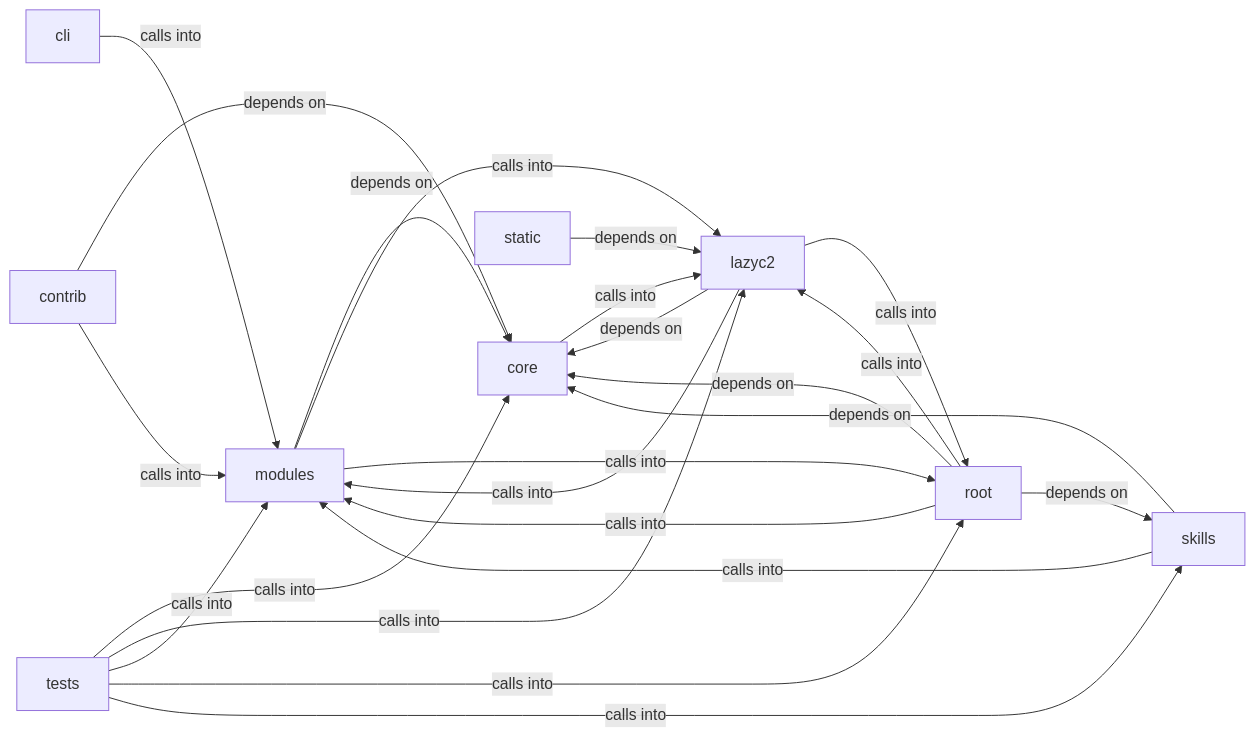
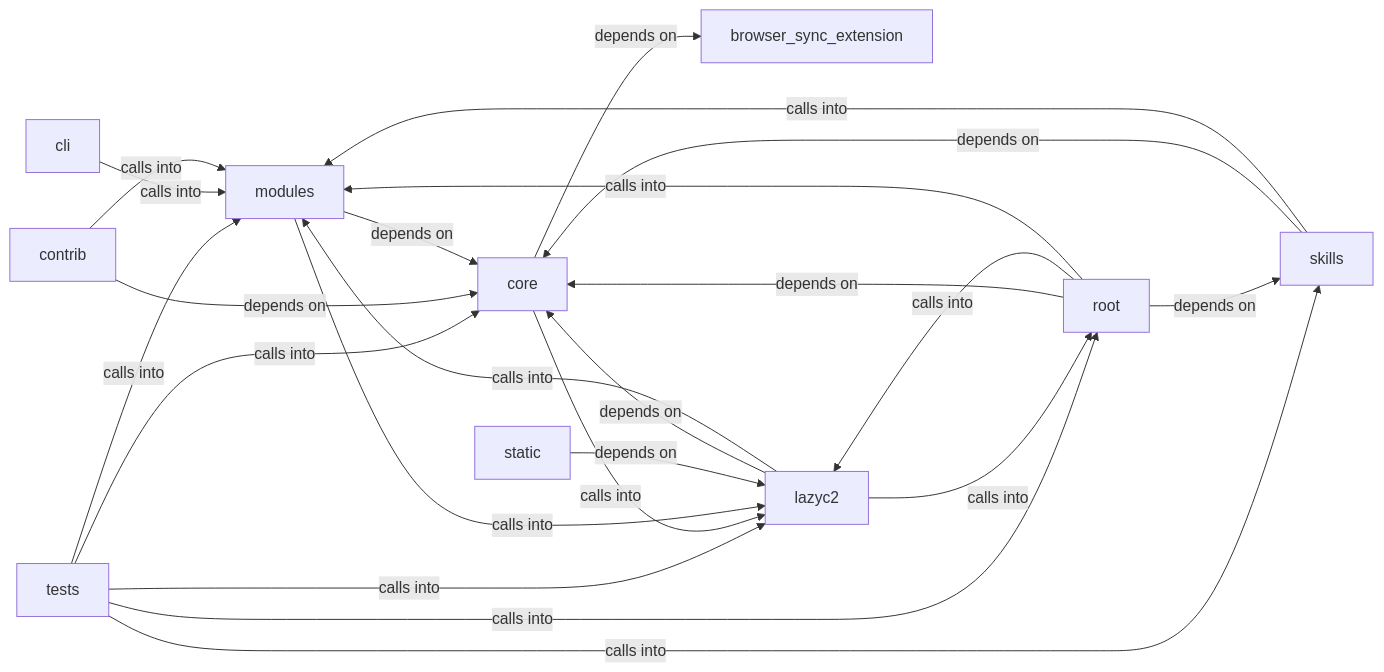
Before and after one commit to grisuno/LazyOwn: the diagram in readmenator-diagrams/modules_lazyc2.md, drawn with Mermaid. The commit also changed other lines of this file and 508 other files, not shown here.

````diff
--- a/readmenator-diagrams/modules_lazyc2.md
+++ b/readmenator-diagrams/modules_lazyc2.md
@@ -5,34 +5,35 @@
 ```mermaid
 graph LR
+    browser_sync_extension["browser_sync_extension"]
     cli["cli"]
     contrib["contrib"]
     core["core"]
     lazyc2["lazyc2"]
     modules["modules"]
     root["root"]
     skills["skills"]
     static["static"]
     tests["tests"]
+    tests -- "calls into" --> core
+    tests -- "calls into" --> lazyc2
+    tests -- "calls into" --> modules
+    tests -- "calls into" --> root
+    tests -- "calls into" --> skills
     cli -- "calls into" --> modules
     contrib -- "depends on" --> core
     contrib -- "calls into" --> modules
+    core -- "depends on" --> browser_sync_extension
     core -- "calls into" --> lazyc2
     lazyc2 -- "depends on" --> core
     lazyc2 -- "calls into" --> modules
     lazyc2 -- "calls into" --> root
     modules -- "depends on" --> core
     modules -- "calls into" --> lazyc2
-    modules -- "calls into" --> root
     root -- "depends on" --> core
     root -- "calls into" --> lazyc2
     root -- "calls into" --> modules
     root -- "depends on" --> skills
     skills -- "depends on" --> core
     skills -- "calls into" --> modules
     static -- "depends on" --> lazyc2
-    tests -- "calls into" --> core
-    tests -- "calls into" --> lazyc2
-    tests -- "calls into" --> modules
-    tests -- "calls into" --> root
-    tests -- "calls into" --> skills
 ```
````
